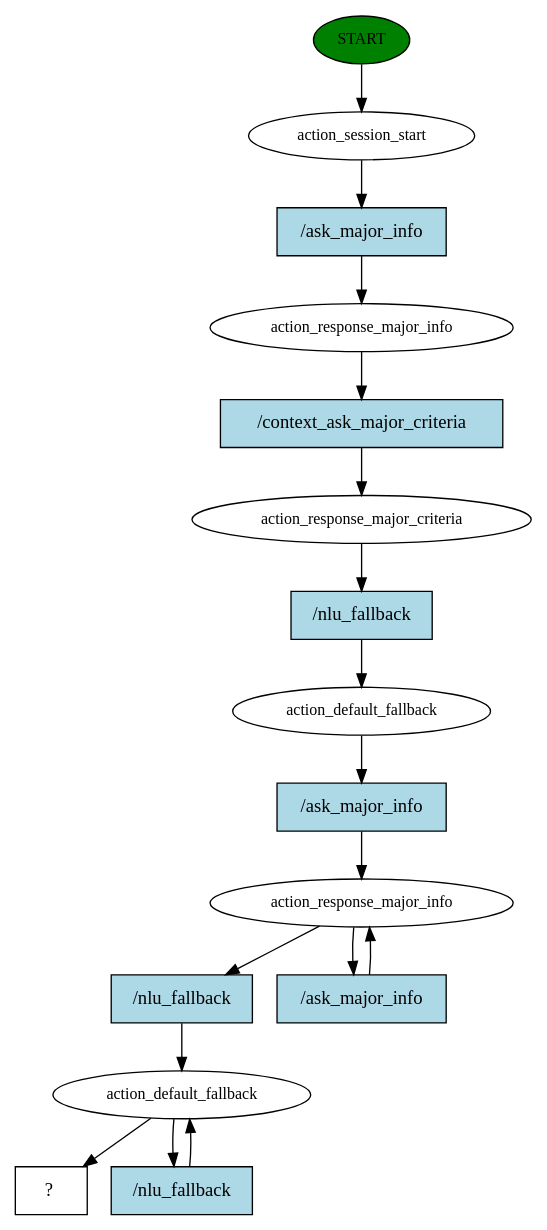
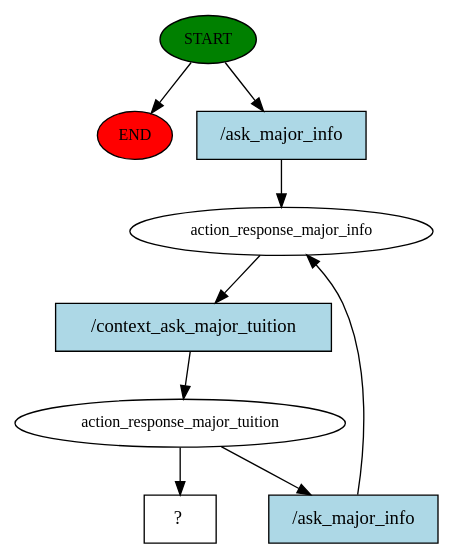
One commit to Jester6136/Edubot changed the diagram in story_graph.dot. Above: the diagram before and after it, drawn with Graphviz. The commit also changed 5 other files, not shown here.

```diff
--- a/story_graph.dot
+++ b/story_graph.dot
@@ -1,33 +1,18 @@
 digraph  {
 0 [class="start active", fillcolor=green, fontsize=12, label=START, style=filled];
-1 [class=active, fontsize=12, label=action_session_start];
-2 [class=active, fontsize=12, label=action_response_major_info];
-3 [class=active, fontsize=12, label=action_response_major_criteria];
-4 [class=active, fontsize=12, label=action_default_fallback];
-5 [class=active, fontsize=12, label=action_response_major_info];
-7 [class=active, fontsize=12, label=action_default_fallback];
-9 [class="intent dashed active", label="  ?  ", shape=rect];
-10 [class="intent active", fillcolor=lightblue, label="/ask_major_info", shape=rect, style=filled];
-11 [class="intent active", fillcolor=lightblue, label="/context_ask_major_criteria", shape=rect, style=filled];
-12 [class="intent active", fillcolor=lightblue, label="/nlu_fallback", shape=rect, style=filled];
-13 [class="intent active", fillcolor=lightblue, label="/ask_major_info", shape=rect, style=filled];
-14 [class="intent active", fillcolor=lightblue, label="/nlu_fallback", shape=rect, style=filled];
-15 [class="intent active", fillcolor=lightblue, label="/ask_major_info", shape=rect, style=filled];
-16 [class="intent active", fillcolor=lightblue, label="/nlu_fallback", shape=rect, style=filled];
-0 -> 1  [class=active, key=NONE, label=""];
-1 -> 10  [class=active, key=0];
-2 -> 11  [class=active, key=0];
-3 -> 12  [class=active, key=0];
-4 -> 13  [class=active, key=0];
-5 -> 14  [class=active, key=0];
-5 -> 15  [class=active, key=0];
-7 -> 9  [class=active, key=NONE, label=""];
-7 -> 16  [class=active, key=0];
-10 -> 2  [class=active, key=0];
-11 -> 3  [class=active, key=0];
-12 -> 4  [class=active, key=0];
-13 -> 5  [class=active, key=0];
-14 -> 7  [class=active, key=0];
-15 -> 5  [class=active, key=0];
-16 -> 7  [class=active, key=0];
+"-1" [class=end, fillcolor=red, fontsize=12, label=END, style=filled];
+1 [class=active, fontsize=12, label=action_response_major_info];
+2 [class=active, fontsize=12, label=action_response_major_tuition];
+5 [class="intent dashed active", label="  ?  ", shape=rect];
+6 [class="intent active", fillcolor=lightblue, label="/ask_major_info", shape=rect, style=filled];
+7 [class="intent active", fillcolor=lightblue, label="/context_ask_major_tuition", shape=rect, style=filled];
+8 [class="intent active", fillcolor=lightblue, label="/ask_major_info", shape=rect, style=filled];
+0 -> "-1"  [class="", key=NONE, label=""];
+0 -> 6  [class=active, key=0];
+1 -> 7  [class=active, key=0];
+2 -> 5  [class=active, key=NONE, label=""];
+2 -> 8  [class=active, key=0];
+6 -> 1  [class=active, key=0];
+7 -> 2  [class=active, key=0];
+8 -> 1  [class=active, key=0];
 }
```
